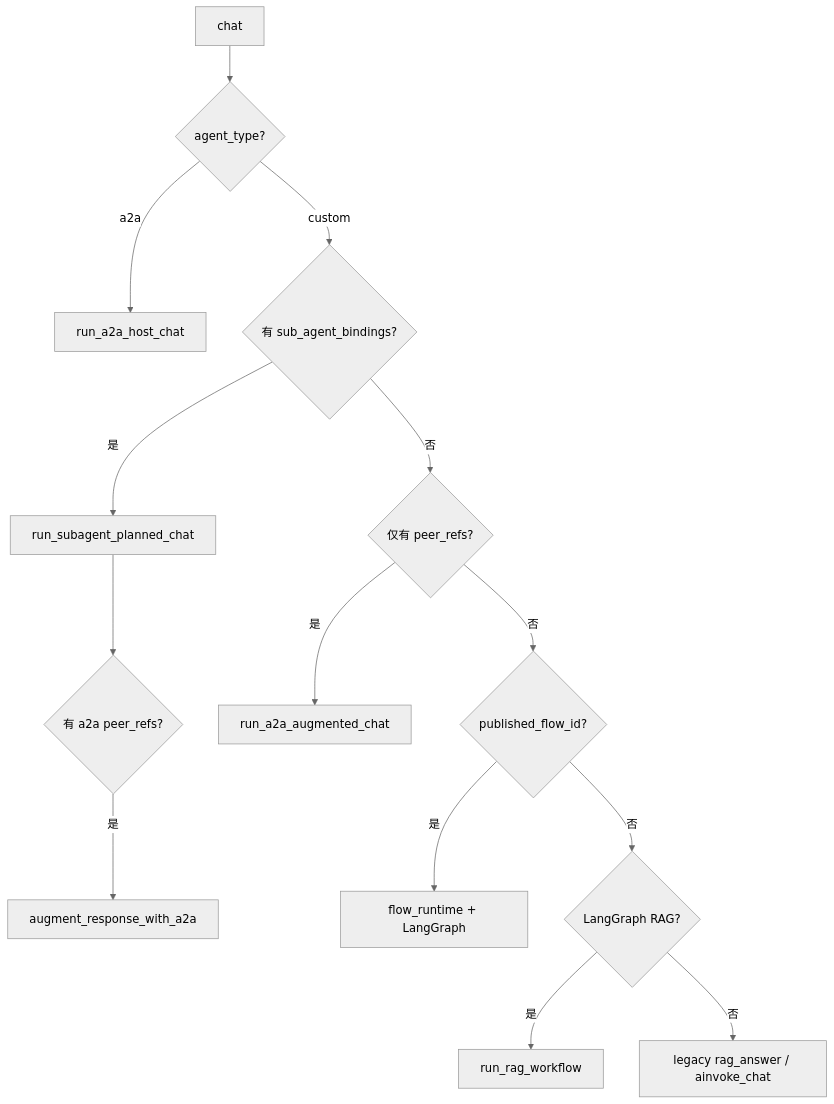
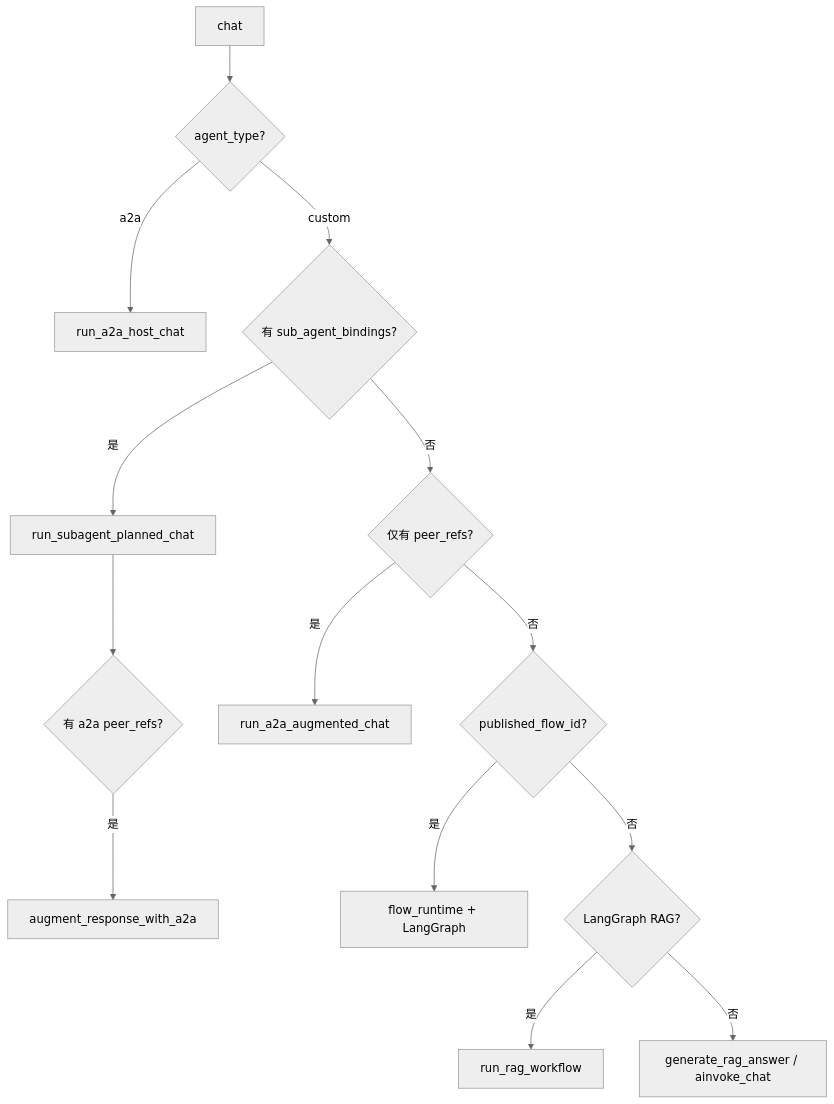
One commit to miles-ai-saas/MilesAi changed the third of 3 diagrams in docs/architecture/technical-design.md. Above: the diagram before and after it, drawn with Mermaid (neutral theme). The commit also changed other lines of this file and 9 other files, not shown here.

First line of the commit message:
docs: 线性 RAG 入口改述为 generate_rag_answer

````diff
--- a/docs/architecture/technical-design.md
+++ b/docs/architecture/technical-design.md
@@ -481,16 +481,16 @@
 ```mermaid
 flowchart TD
     START[chat] --> TYPE{agent_type?}
     TYPE -->|a2a| HOST[run_a2a_host_chat]
     TYPE -->|custom| SUB{有 sub_agent_bindings?}
     SUB -->|是| DEEP[run_subagent_planned_chat]
     DEEP --> A2A1{有 a2a peer_refs?}
     A2A1 -->|是| AUG[augment_response_with_a2a]
     SUB -->|否| PEER{仅有 peer_refs?}
     PEER -->|是| AUGCHAT[run_a2a_augmented_chat]
     PEER -->|否| FLOW{published_flow_id?}
     FLOW -->|是| FR[flow_runtime + LangGraph]
     FLOW -->|否| RAG{LangGraph RAG?}
     RAG -->|是| LGR[run_rag_workflow]
-    RAG -->|否| LIN[legacy rag_answer / ainvoke_chat]
+    RAG -->|否| LIN[generate_rag_answer / ainvoke_chat]
 ```
````
